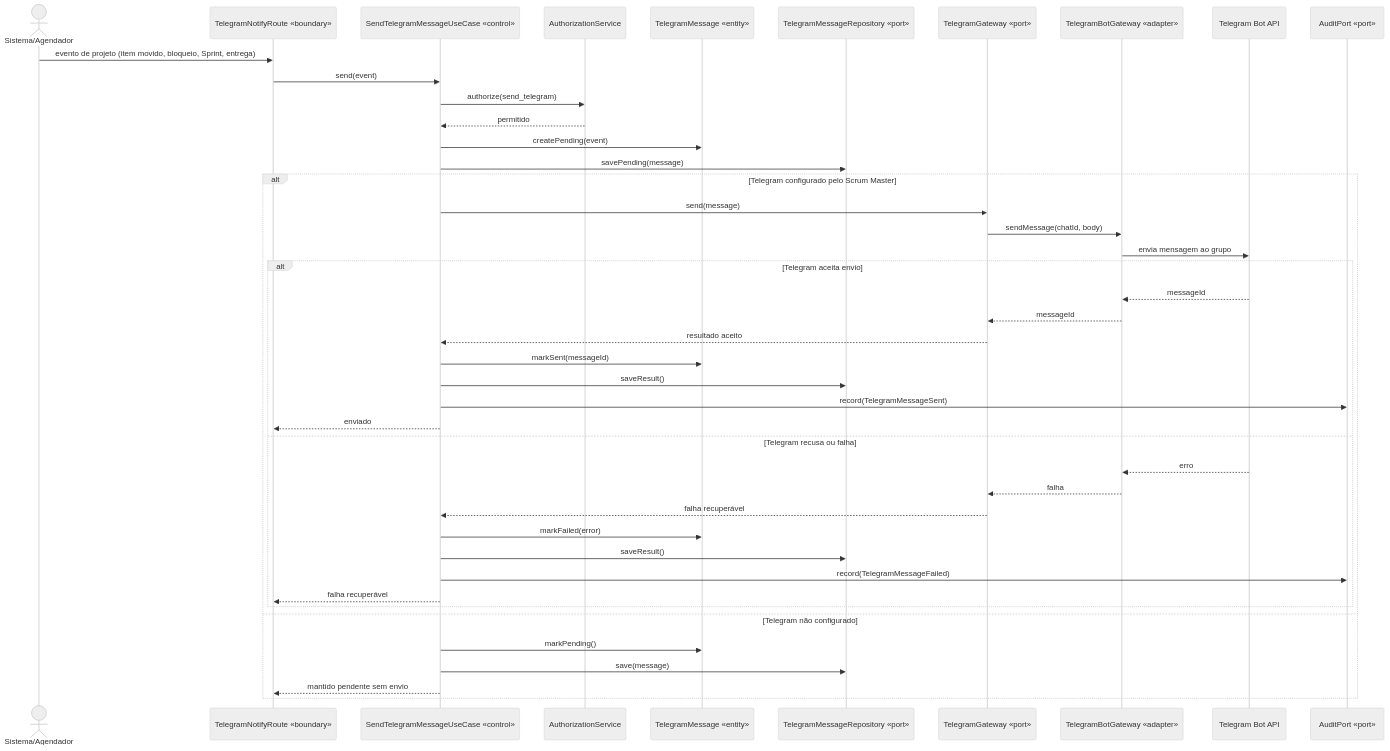
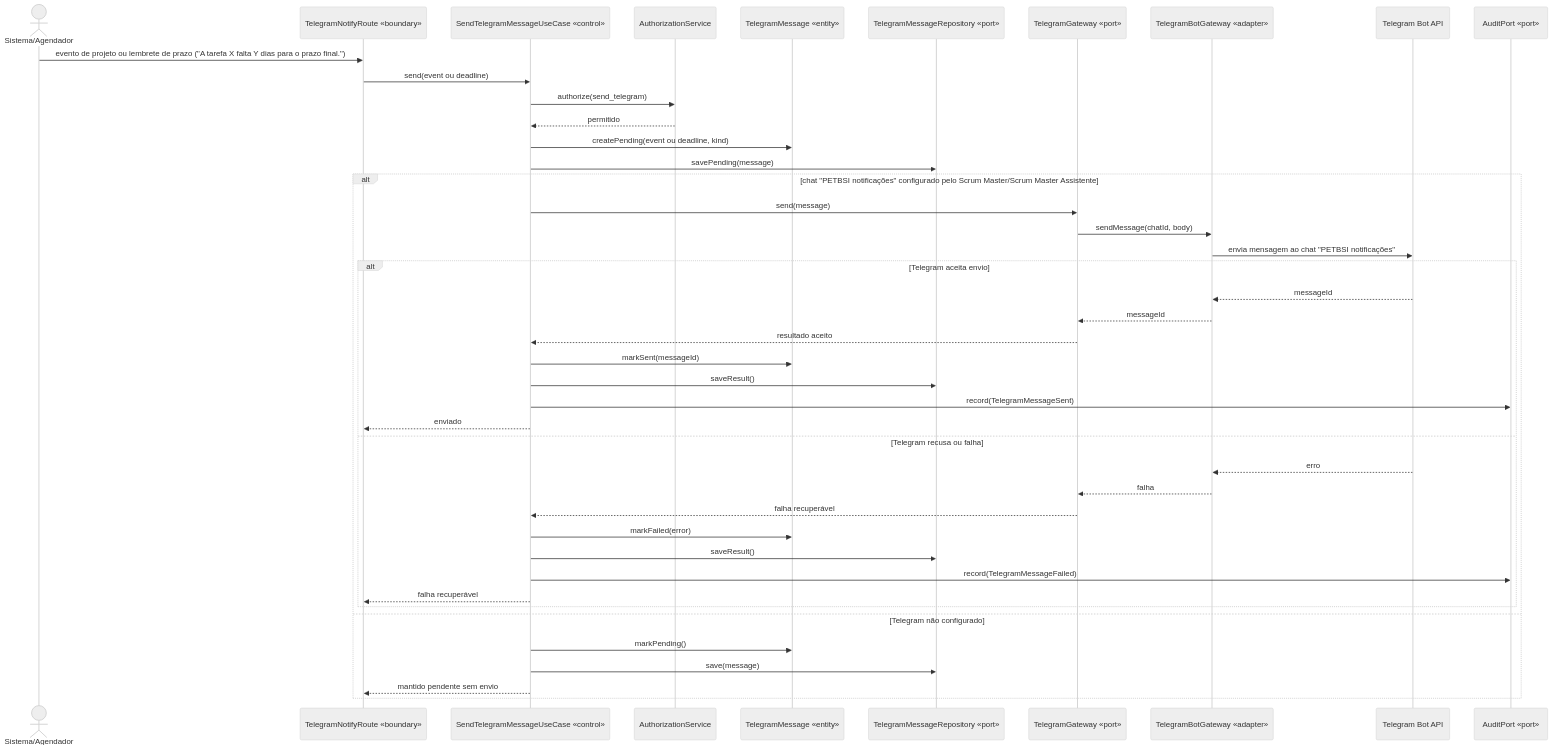
One commit to LuHenRe/PETBSI-SCRUM changed the eighth of 8 diagrams in docs/especificao-de-software/08-diagramas-de-sequencia.md. Above: the diagram before and after it, drawn with Mermaid (neutral theme). The commit also changed other lines of this file and 18 other files, not shown here.

````diff
--- a/docs/especificao-de-software/08-diagramas-de-sequencia.md
+++ b/docs/especificao-de-software/08-diagramas-de-sequencia.md
@@ -266,46 +266,46 @@
 ```mermaid
 sequenceDiagram
     actor Sistema as Sistema/Agendador
     participant Route as TelegramNotifyRoute «boundary»
     participant UC as SendTelegramMessageUseCase «control»
     participant Auth as AuthorizationService
     participant Message as TelegramMessage «entity»
     participant Repo as TelegramMessageRepository «port»
     participant TelegramGW as TelegramGateway «port»
     participant Bot as TelegramBotGateway «adapter»
     participant Telegram as Telegram Bot API
     participant Audit as AuditPort «port»
 
-    Sistema->>Route: evento de projeto (item movido, bloqueio, Sprint, entrega)
-    Route->>UC: send(event)
+    Sistema->>Route: evento de projeto ou lembrete de prazo ("A tarefa X falta Y dias para o prazo final.")
+    Route->>UC: send(event ou deadline)
     UC->>Auth: authorize(send_telegram)
     Auth-->>UC: permitido
-    UC->>Message: createPending(event)
+    UC->>Message: createPending(event ou deadline, kind)
     UC->>Repo: savePending(message)
-    alt Telegram configurado pelo Scrum Master
+    alt chat "PETBSI notificações" configurado pelo Scrum Master/Scrum Master Assistente
         UC->>TelegramGW: send(message)
         TelegramGW->>Bot: sendMessage(chatId, body)
-        Bot->>Telegram: envia mensagem ao grupo
+        Bot->>Telegram: envia mensagem ao chat "PETBSI notificações"
         alt Telegram aceita envio
             Telegram-->>Bot: messageId
             Bot-->>TelegramGW: messageId
             TelegramGW-->>UC: resultado aceito
             UC->>Message: markSent(messageId)
             UC->>Repo: saveResult()
             UC->>Audit: record(TelegramMessageSent)
             UC-->>Route: enviado
         else Telegram recusa ou falha
             Telegram-->>Bot: erro
             Bot-->>TelegramGW: falha
             TelegramGW-->>UC: falha recuperável
             UC->>Message: markFailed(error)
             UC->>Repo: saveResult()
             UC->>Audit: record(TelegramMessageFailed)
             UC-->>Route: falha recuperável
         end
     else Telegram não configurado
         UC->>Message: markPending()
         UC->>Repo: save(message)
         UC-->>Route: mantido pendente sem envio
     end
 ```
````
